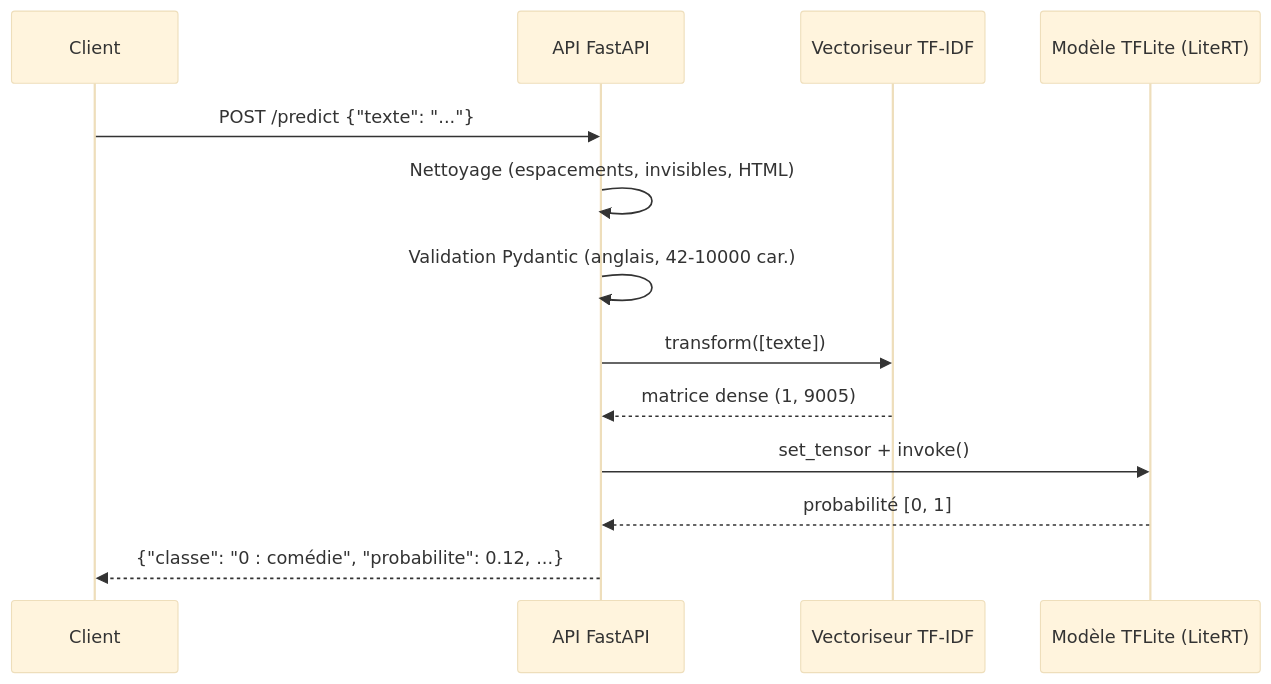
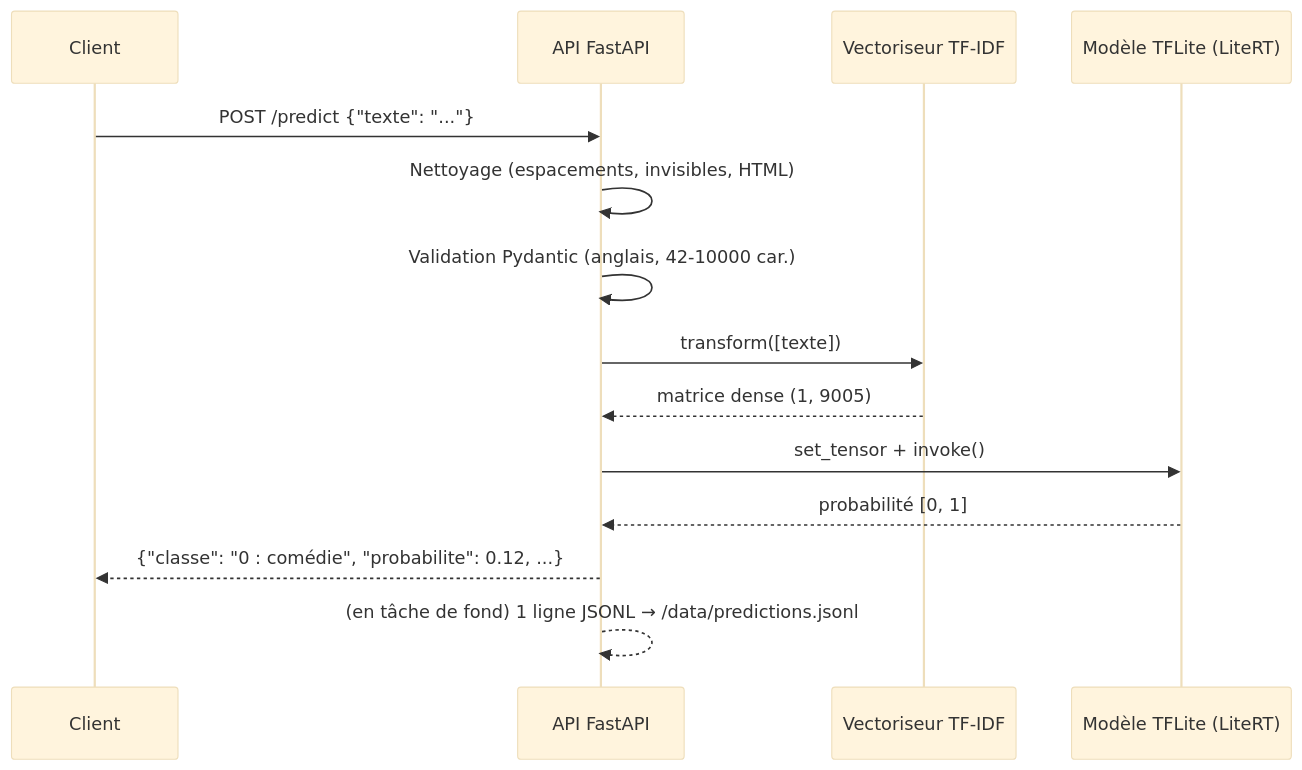
Before and after one commit to TheRealRPI/simplon-DeepLearning_Create_Optimize_PushToProd: the second of 4 diagrams in README.md, drawn with Mermaid (base theme). The commit also changed other lines of this file and 1 other file, not shown here.

````diff
--- a/README.md
+++ b/README.md
@@ -97,16 +98,17 @@
 ```mermaid
 sequenceDiagram
     participant C as Client
     participant API as API FastAPI
     participant V as Vectoriseur TF-IDF
     participant M as Modèle TFLite (LiteRT)
 
     C->>API: POST /predict {"texte": "..."}
     API->>API: Nettoyage (espacements, invisibles, HTML)
     API->>API: Validation Pydantic (anglais, 42-10000 car.)
     API->>V: transform([texte])
     V-->>API: matrice dense (1, 9005)
     API->>M: set_tensor + invoke()
     M-->>API: probabilité [0, 1]
     API-->>C: {"classe": "0 : comédie", "probabilite": 0.12, ...}
+    API-->>API: (en tâche de fond) 1 ligne JSONL → /data/predictions.jsonl
 ```
````
